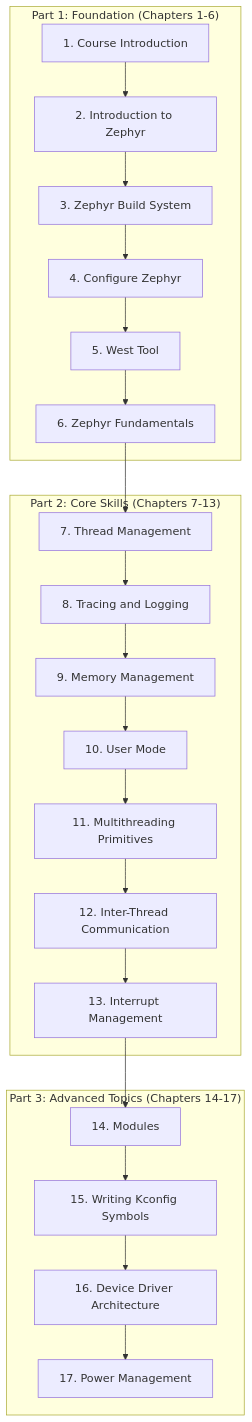
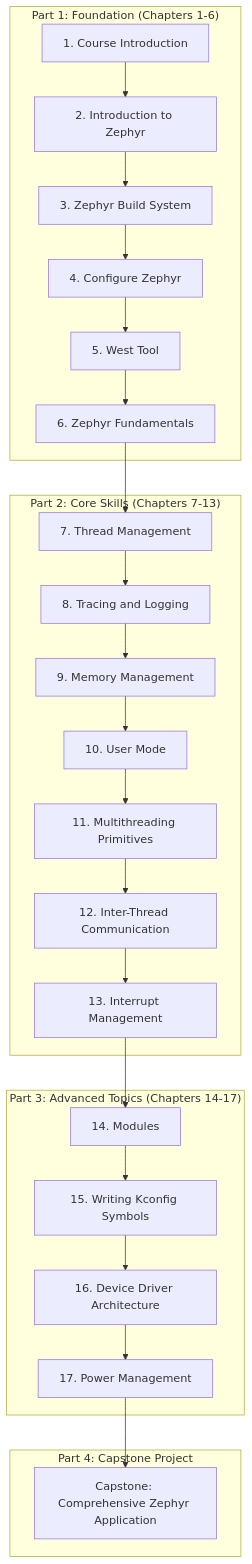
Before and after one commit to tinegachris/course_zephyr_rtos_rpi_4b: the diagram in README.md, drawn with Mermaid. The commit also changed other lines of this file, not shown here.

Commit message:
Update README.md to reflect the addition of Chapter 18 in the course structure

````diff
--- a/README.md
+++ b/README.md
@@ -29,27 +29,31 @@
 ```mermaid
 graph TD
     subgraph "Part 1: Foundation (Chapters 1-6)"
         A[1. Course Introduction] --> B[2. Introduction to Zephyr]
         B --> C[3. Zephyr Build System]
         C --> D[4. Configure Zephyr]
         D --> E[5. West Tool]
         E --> F[6. Zephyr Fundamentals]
     end
-    
+
     subgraph "Part 2: Core Skills (Chapters 7-13)"
         F --> G[7. Thread Management]
         G --> H[8. Tracing and Logging]
         H --> I[9. Memory Management]
         I --> J[10. User Mode]
         J --> K[11. Multithreading Primitives]
         K --> L[12. Inter-Thread Communication]
         L --> M[13. Interrupt Management]
     end
-    
+
     subgraph "Part 3: Advanced Topics (Chapters 14-17)"
         M --> N[14. Modules]
         N --> O[15. Writing Kconfig Symbols]
         O --> P[16. Device Driver Architecture]
         P --> Q[17. Power Management]
     end
+
+    subgraph "Part 4: Capstone Project"
+        Q --> R[Capstone: Comprehensive Zephyr Application]
+    end
 ```
````
